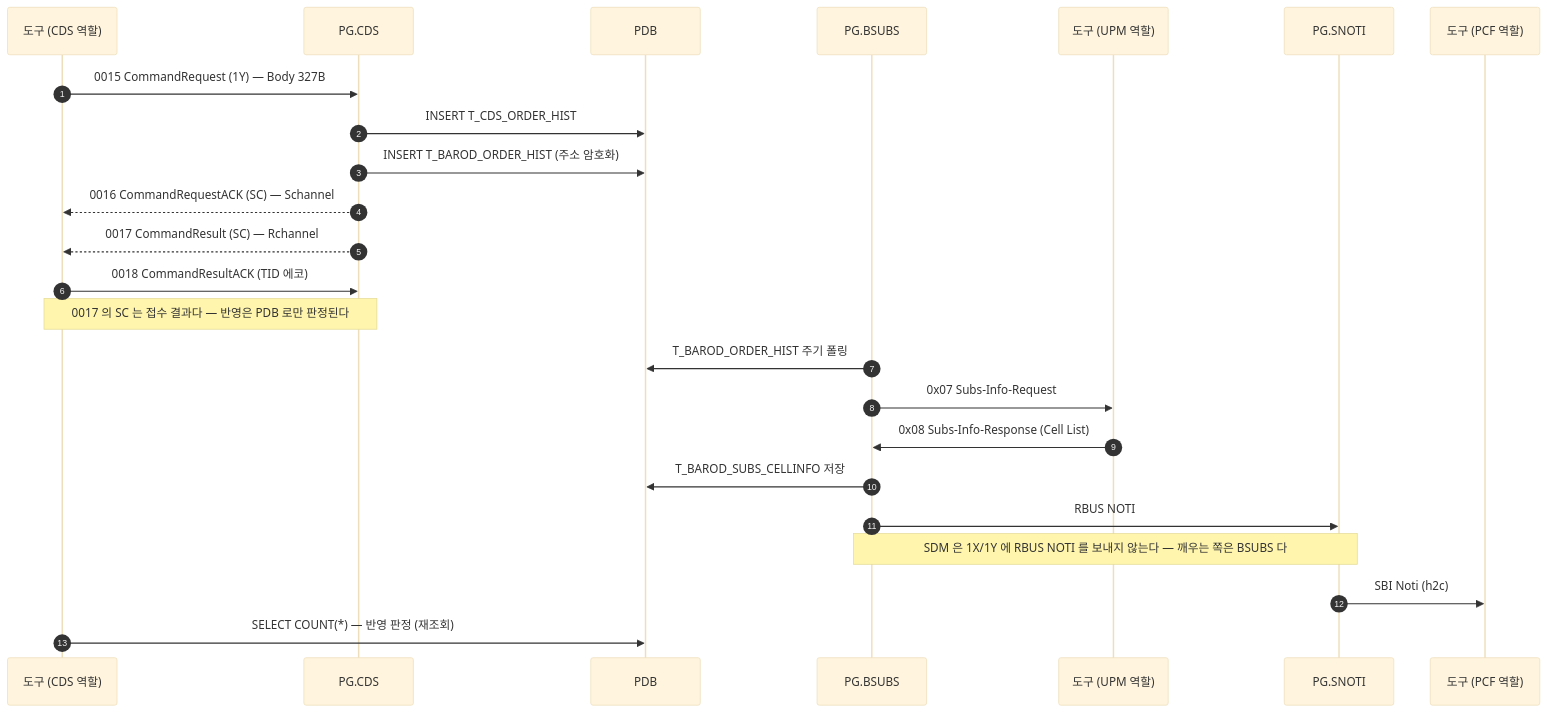
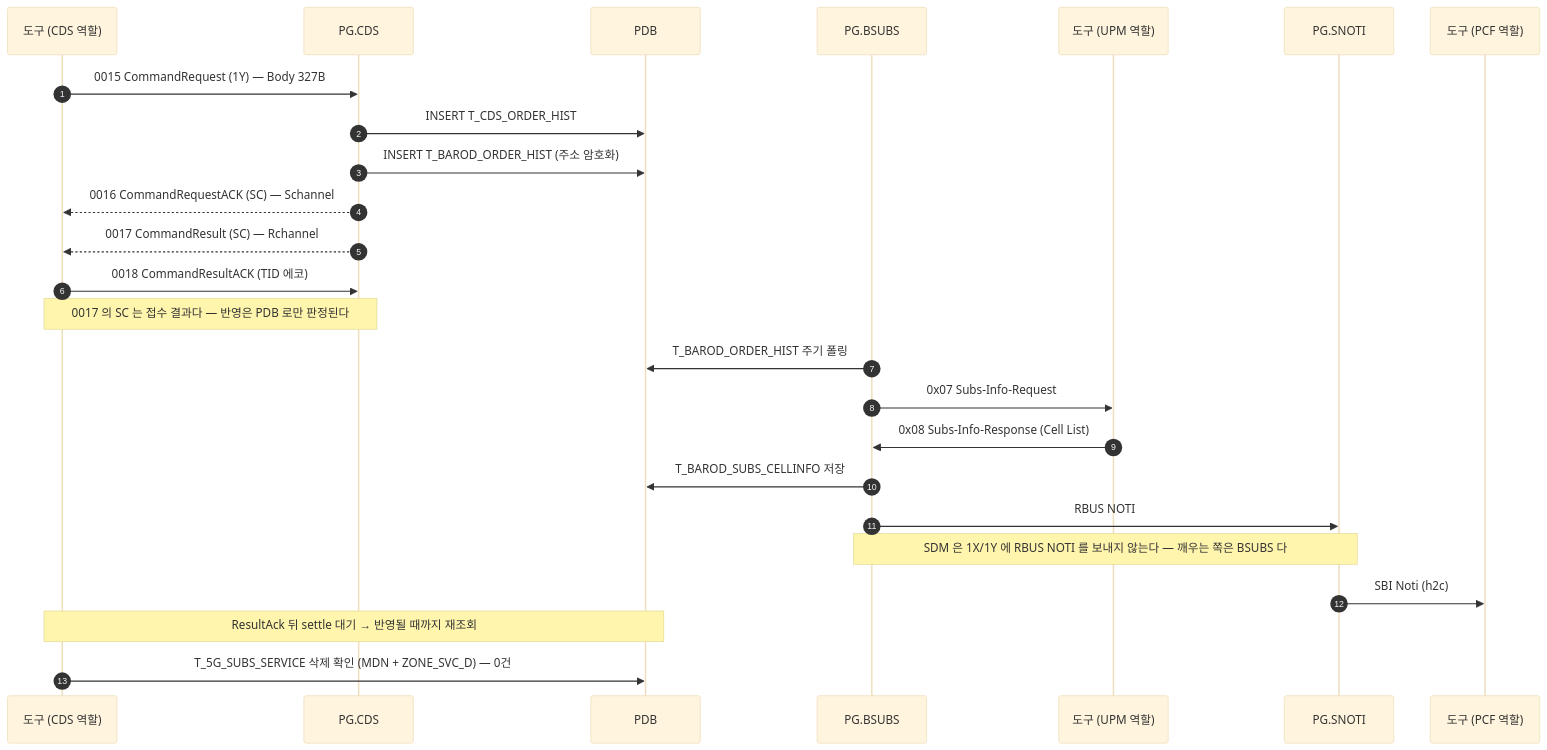
Before and after one commit to IanKim2030/tc4robot: the diagram in docs/callflow/CDS_1Y.md, drawn with Mermaid (base theme). The commit also changed 18 other files, not shown here.

First line of the commit message:
docs: 콜플로우의 PDB 판정을 코드별 실제 조회로 바꾼다

````diff
--- a/docs/callflow/CDS_1Y.md
+++ b/docs/callflow/CDS_1Y.md
@@ -17,28 +17,29 @@
 ```mermaid
 sequenceDiagram
     autonumber
     participant TOOL as 도구 (CDS 역할)
     participant PCDS as PG.CDS
     participant PDB as PDB
     participant BSUBS as PG.BSUBS
     participant UPM as 도구 (UPM 역할)
     participant SNOTI as PG.SNOTI
     participant PCF as 도구 (PCF 역할)
 
     TOOL->>PCDS: 0015 CommandRequest (1Y) — Body 327B
     PCDS->>PDB: INSERT T_CDS_ORDER_HIST
     PCDS->>PDB: INSERT T_BAROD_ORDER_HIST (주소 암호화)
     PCDS-->>TOOL: 0016 CommandRequestACK (SC) — Schannel
     PCDS-->>TOOL: 0017 CommandResult (SC) — Rchannel
     TOOL->>PCDS: 0018 CommandResultACK (TID 에코)
     Note over TOOL,PCDS: 0017 의 SC 는 접수 결과다 — 반영은 PDB 로만 판정된다
 
     BSUBS->>PDB: T_BAROD_ORDER_HIST 주기 폴링
     BSUBS->>UPM: 0x07 Subs-Info-Request
     UPM->>BSUBS: 0x08 Subs-Info-Response (Cell List)
     BSUBS->>PDB: T_BAROD_SUBS_CELLINFO 저장
     BSUBS->>SNOTI: RBUS NOTI
     Note over BSUBS,SNOTI: SDM 은 1X/1Y 에 RBUS NOTI 를 보내지 않는다 — 깨우는 쪽은 BSUBS 다
     SNOTI->>PCF: SBI Noti (h2c)
-    TOOL->>PDB: SELECT COUNT(*) — 반영 판정 (재조회)
+    Note over TOOL,PDB: ResultAck 뒤 settle 대기 → 반영될 때까지 재조회
+    TOOL->>PDB: T_5G_SUBS_SERVICE 삭제 확인 (MDN + ZONE_SVC_D) — 0건
 ```
````
